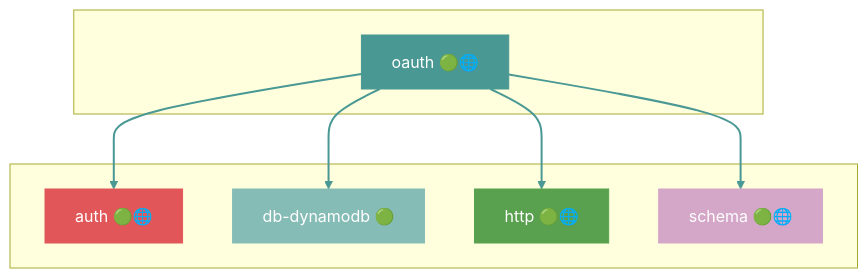
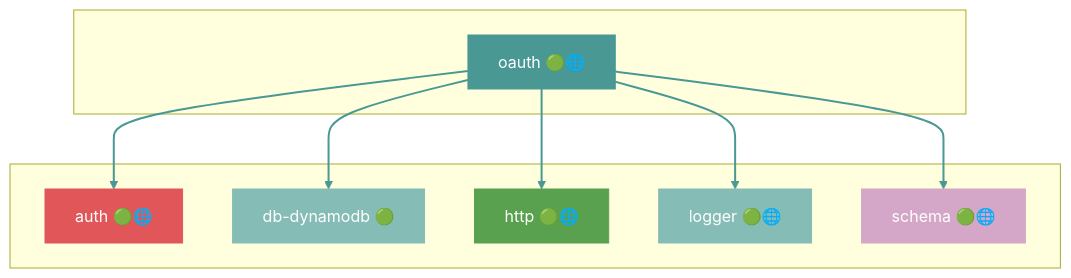
One commit to grest-ts/grest-ts changed diagram 33 of 47 in docs/DEPENDENCIES.md. Above: the diagram before and after it, drawn with Mermaid. The commit also changed other lines of this file and 5 other files, not shown here.

````diff
--- a/docs/DEPENDENCIES.md
+++ b/docs/DEPENDENCIES.md
@@ -1705,25 +1711,29 @@
 ```mermaid
 flowchart TB
     subgraph Package[" "]
         oauth["oauth 🟢🌐"]
     end
     subgraph Dependencies[" "]
         auth["auth 🟢🌐"]
         db-dynamodb["db-dynamodb 🟢"]
         http["http 🟢🌐"]
+        logger["logger 🟢🌐"]
         schema["schema 🟢🌐"]
     end
     oauth --> auth
     oauth --> db-dynamodb
     oauth --> http
+    oauth --> logger
     oauth --> schema
     style oauth fill:#499894,stroke:#499894,color:#fff
     style auth fill:#E15759,stroke:#E15759,color:#fff
     style db-dynamodb fill:#86BCB6,stroke:#86BCB6,color:#fff
     style http fill:#59A14F,stroke:#59A14F,color:#fff
+    style logger fill:#86BCB6,stroke:#86BCB6,color:#fff
     style schema fill:#D4A6C8,stroke:#D4A6C8,color:#fff
     linkStyle 0 stroke:#499894,stroke-width:2px
     linkStyle 1 stroke:#499894,stroke-width:2px
     linkStyle 2 stroke:#499894,stroke-width:2px
     linkStyle 3 stroke:#499894,stroke-width:2px
+    linkStyle 4 stroke:#499894,stroke-width:2px
 ```
````
